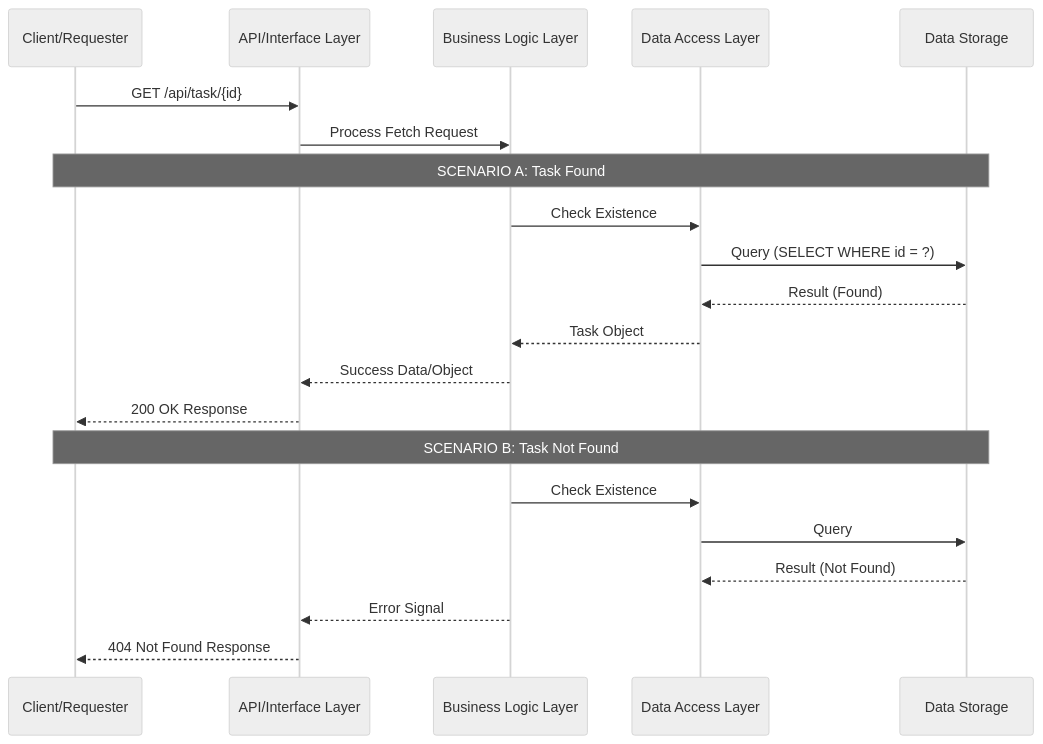
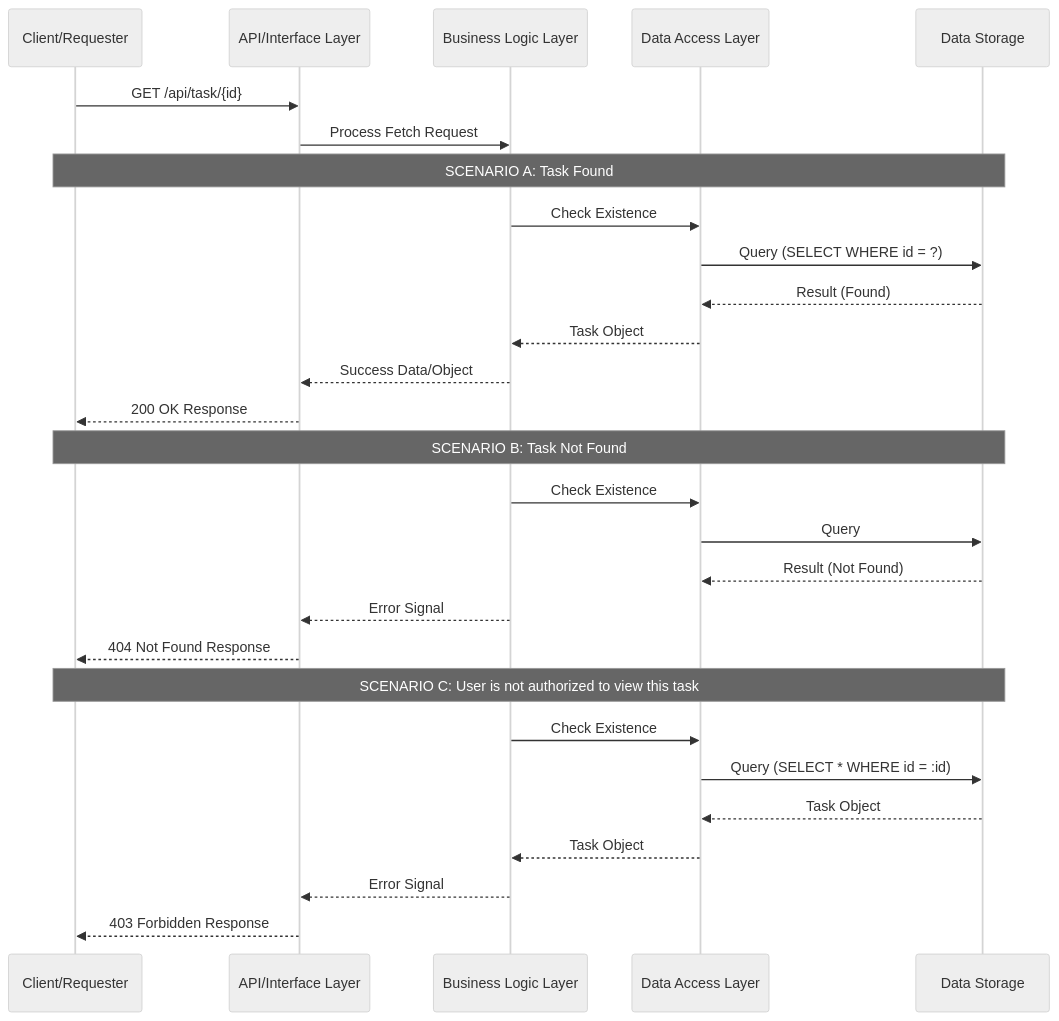
Before and after one commit to EricTrainingRev/260608-JFS: the diagram in Phase_2/GET_task_id.md, drawn with Mermaid (neutral theme).

Commit message:
Add scenario for unauthorized task access response

````diff
--- a/Phase_2/GET_task_id.md
+++ b/Phase_2/GET_task_id.md
@@ -1,26 +1,34 @@
 ```mermaid
 sequenceDiagram
     participant Requester as Client/Requester
     participant API as API/Interface Layer
     participant Logic as Business Logic Layer
     participant DataAccess as Data Access Layer
     participant Storage as Data Storage
 
     Requester->>API: GET /api/task/{id}
     API->>Logic: Process Fetch Request
     
     Note over Requester,Storage: SCENARIO A: Task Found
     Logic->>DataAccess: Check Existence
     DataAccess->>Storage: Query (SELECT WHERE id = ?)
     Storage-->>DataAccess: Result (Found)
     DataAccess-->>Logic: Task Object
     Logic-->>API: Success Data/Object
     API-->>Requester: 200 OK Response
 
     Note over Requester,Storage: SCENARIO B: Task Not Found
     Logic->>DataAccess: Check Existence
     DataAccess->>Storage: Query
     Storage-->>DataAccess: Result (Not Found)
     Logic-->>API: Error Signal
     API-->>Requester: 404 Not Found Response
+
+    Note over Requester,Storage: SCENARIO C: User is not authorized to view this task
+    Logic->>DataAccess: Check Existence
+    DataAccess->>Storage: Query (SELECT * WHERE id = :id)
+    Storage-->>DataAccess: Task Object
+    DataAccess-->>Logic: Task Object
+    Logic-->>API: Error Signal
+    API-->>Requester: 403 Forbidden Response
 ```
````
